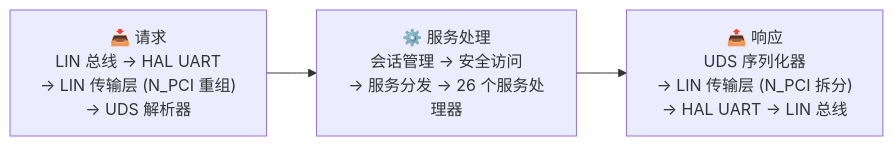
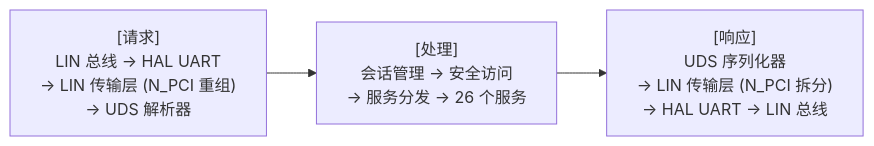
Before and after one commit to HUANGzc83/uds-lin-ecu: the diagram in README.md, drawn with Mermaid. The commit also changed 1 other file, not shown here.

Commit message:
docs: remove emoji and unicode arrows from Mermaid for VS Code compat

````diff
--- a/README.md
+++ b/README.md
@@ -30,8 +30,8 @@
 ```mermaid
-flowchart LR
-    REQ["📥 请求\nLIN 总线 → HAL UART\n→ LIN 传输层 (N_PCI 重组)\n→ UDS 解析器"]
+graph LR
+    REQ["[请求]\nLIN 总线 -> HAL UART\n-> LIN 传输层 (N_PCI 重组)\n-> UDS 解析器"]
     REQ --> PROC
-    PROC["⚙️ 服务处理\n会话管理 → 安全访问\n→ 服务分发 → 26 个服务处理器"]
+    PROC["[处理]\n会话管理 -> 安全访问\n-> 服务分发 -> 26 个服务"]
     PROC --> RSP
-    RSP["📤 响应\nUDS 序列化器\n→ LIN 传输层 (N_PCI 拆分)\n→ HAL UART → LIN 总线"]
+    RSP["[响应]\nUDS 序列化器\n-> LIN 传输层 (N_PCI 拆分)\n-> HAL UART -> LIN 总线"]
 ```
````
